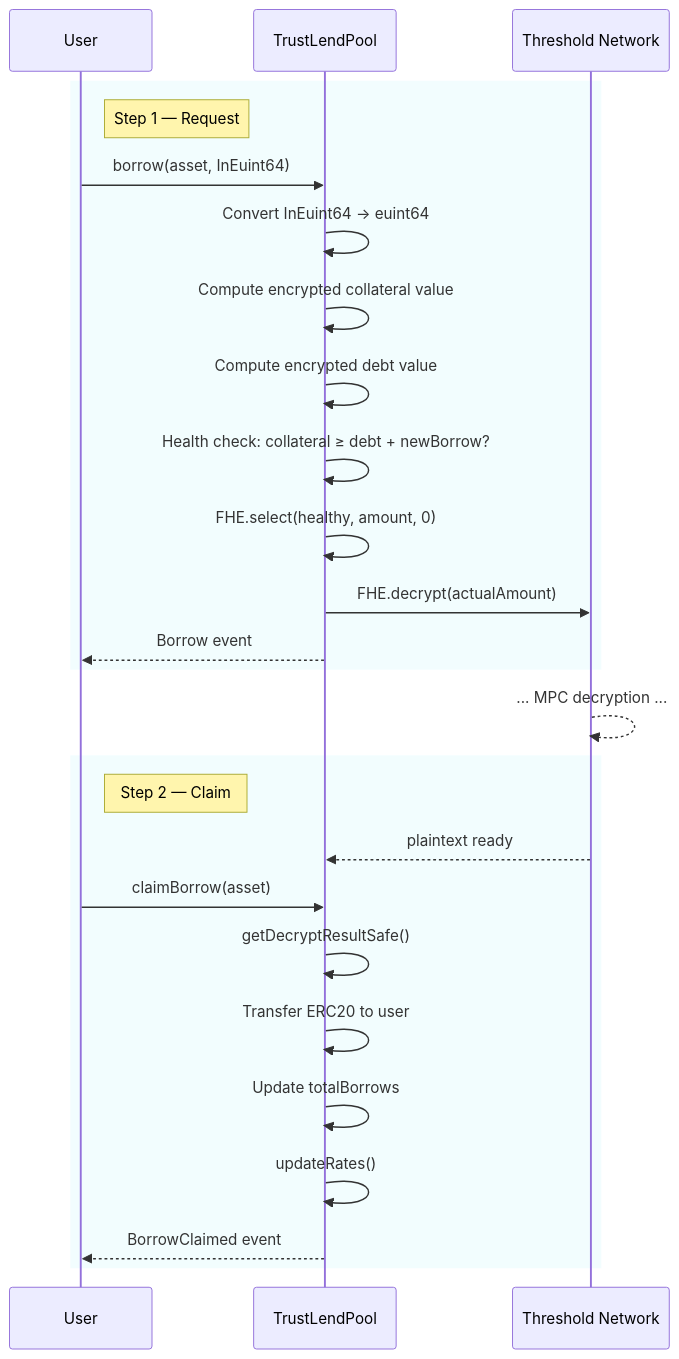
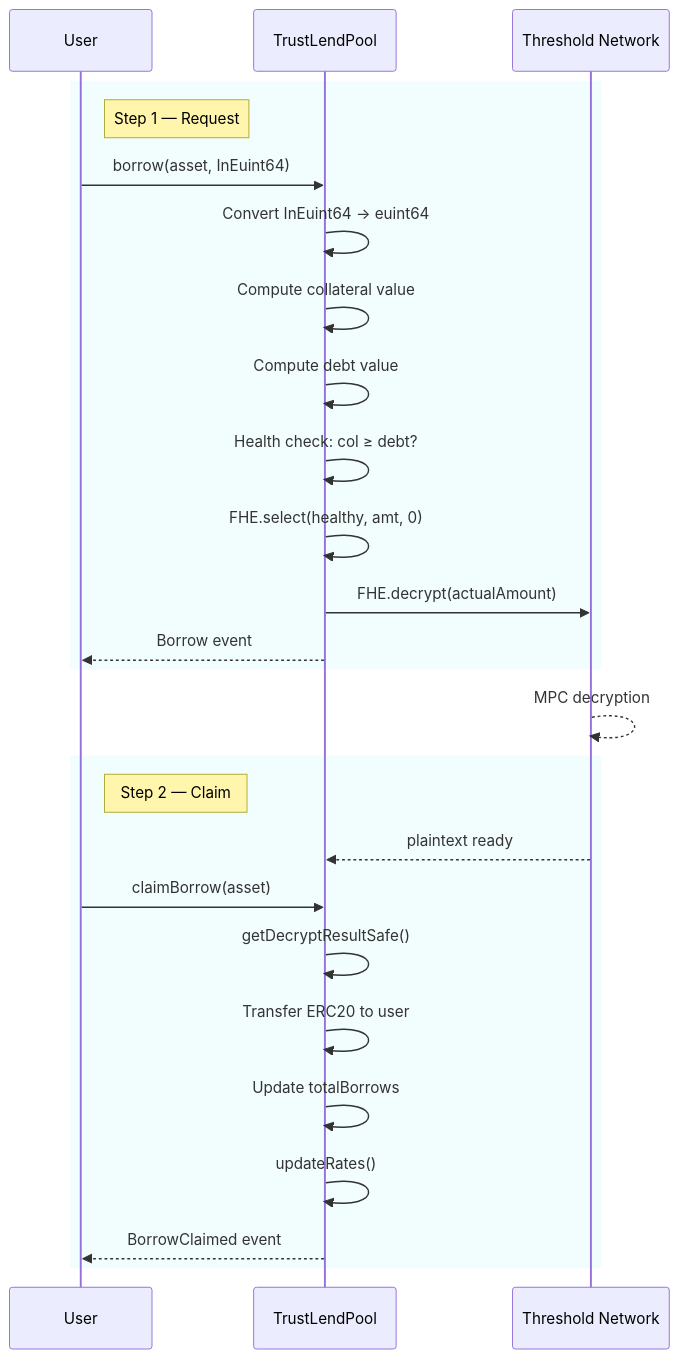
One commit to PhuocNG0308/fhield changed the diagram in fhield-docs/docs/devdocs/User Flows/Borrow.md. Above: the diagram before and after it, drawn with Mermaid. The commit also changed 24 other files, not shown here.

````diff
--- a/fhield-docs/docs/devdocs/User Flows/Borrow.md
+++ b/fhield-docs/docs/devdocs/User Flows/Borrow.md
@@ -12,31 +12,31 @@
 ```mermaid
 sequenceDiagram
     participant User
-    participant TrustLendPool
-    participant Threshold Network
+    participant Pool as TrustLendPool
+    participant TN as Threshold Network
 
     rect rgba(10, 217, 220, 0.05)
     note right of User: Step 1 — Request
-    User->>TrustLendPool: borrow(asset, InEuint64)
-    TrustLendPool->>TrustLendPool: Convert InEuint64 → euint64
-    TrustLendPool->>TrustLendPool: Compute encrypted collateral value
-    TrustLendPool->>TrustLendPool: Compute encrypted debt value
-    TrustLendPool->>TrustLendPool: Health check: collateral ≥ debt + newBorrow?
-    TrustLendPool->>TrustLendPool: FHE.select(healthy, amount, 0)
-    TrustLendPool->>Threshold Network: FHE.decrypt(actualAmount)
-    TrustLendPool-->>User: Borrow event
+    User->>Pool: borrow(asset, InEuint64)
+    Pool->>Pool: Convert InEuint64 → euint64
+    Pool->>Pool: Compute collateral value
+    Pool->>Pool: Compute debt value
+    Pool->>Pool: Health check: col ≥ debt?
+    Pool->>Pool: FHE.select(healthy, amt, 0)
+    Pool->>TN: FHE.decrypt(actualAmount)
+    Pool-->>User: Borrow event
     end
 
-    Threshold Network-->>Threshold Network: ... MPC decryption ...
+    TN-->>TN: MPC decryption
 
     rect rgba(10, 217, 220, 0.05)
     note right of User: Step 2 — Claim
-    Threshold Network-->>TrustLendPool: plaintext ready
-    User->>TrustLendPool: claimBorrow(asset)
-    TrustLendPool->>TrustLendPool: getDecryptResultSafe()
-    TrustLendPool->>TrustLendPool: Transfer ERC20 to user
-    TrustLendPool->>TrustLendPool: Update totalBorrows
-    TrustLendPool->>TrustLendPool: updateRates()
-    TrustLendPool-->>User: BorrowClaimed event
+    TN-->>Pool: plaintext ready
+    User->>Pool: claimBorrow(asset)
+    Pool->>Pool: getDecryptResultSafe()
+    Pool->>Pool: Transfer ERC20 to user
+    Pool->>Pool: Update totalBorrows
+    Pool->>Pool: updateRates()
+    Pool-->>User: BorrowClaimed event
     end
 ```
````
